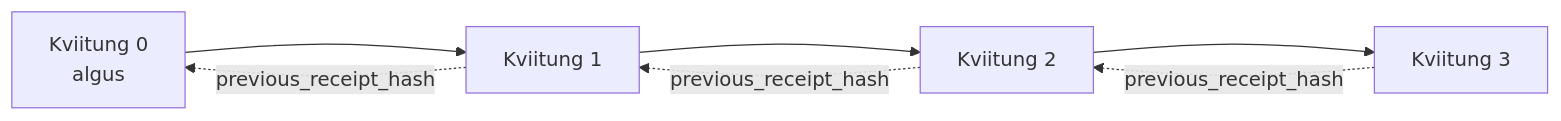
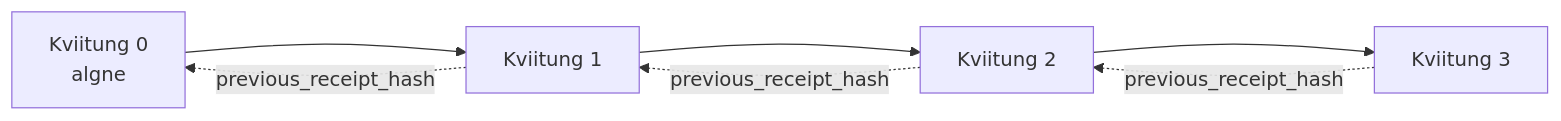
The second of 2 diagrams in mirrors/repos/microsoft@ai-agents-for-beginners/translations/et/18-securing-ai-agents/README.md (gabrielmoreira/agent-skills-mirror), drawn with Mermaid before and after one commit. The commit also changed other lines of this file and 2285 other files, not shown here.

````diff
--- a/mirrors/repos/microsoft@ai-agents-for-beginners/translations/et/18-securing-ai-agents/README.md
+++ b/mirrors/repos/microsoft@ai-agents-for-beginners/translations/et/18-securing-ai-agents/README.md
@@ -206,9 +206,9 @@
 ```mermaid
 flowchart LR
-    R0[Kviitung 0<br/>algus] --> R1[Kviitung 1]
+    R0[Kviitung 0<br/>algne] --> R1[Kviitung 1]
     R1 --> R2[Kviitung 2]
     R2 --> R3[Kviitung 3]
     R1 -. previous_receipt_hash .-> R0
     R2 -. previous_receipt_hash .-> R1
     R3 -. previous_receipt_hash .-> R2
 ```
````
